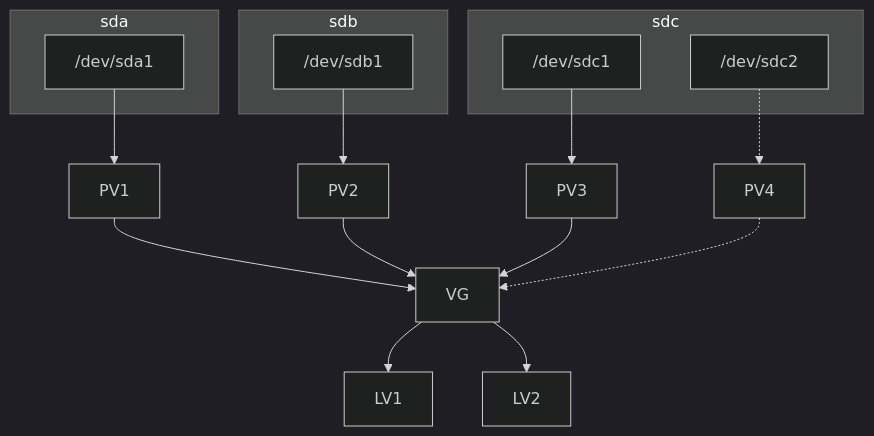
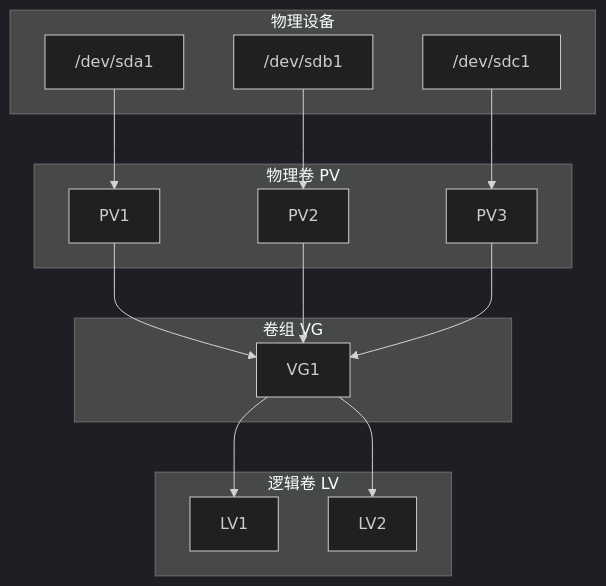
Before and after one commit to zhouerqin/ops-notes: the diagram in shell/lvm.md, drawn with Mermaid (dark theme). The commit also changed other lines of this file and 25 other files, not shown here.

````diff
--- a/shell/lvm.md
+++ b/shell/lvm.md
@@ -3,26 +4,22 @@
 ```mermaid
 graph TD
-
-subgraph sda
+subgraph 物理设备
     /dev/sda1
+    /dev/sdb1
+    /dev/sdc1
 end
-subgraph sdb
-    /dev/sdb1
+subgraph 物理卷 PV
+    /dev/sda1-->PV1
+    /dev/sdb1-->PV2
+    /dev/sdc1-->PV3
 end
-subgraph sdc
-    /dev/sdc1
-    /dev/sdc2
+subgraph 卷组 VG
+    PV1-->VG1
+    PV2-->VG1
+    PV3-->VG1
 end
-
-/dev/sda1-->PV1
-/dev/sdb1-->PV2
-/dev/sdc1-->PV3
-/dev/sdc2-.->PV4
-
-PV1-->VG
-PV2-->VG
-PV3-->VG
-PV4-.->VG
-VG-->LV1
-VG-->LV2
+subgraph 逻辑卷 LV
+    VG1-->LV1
+    VG1-->LV2
+end
 ```
````
